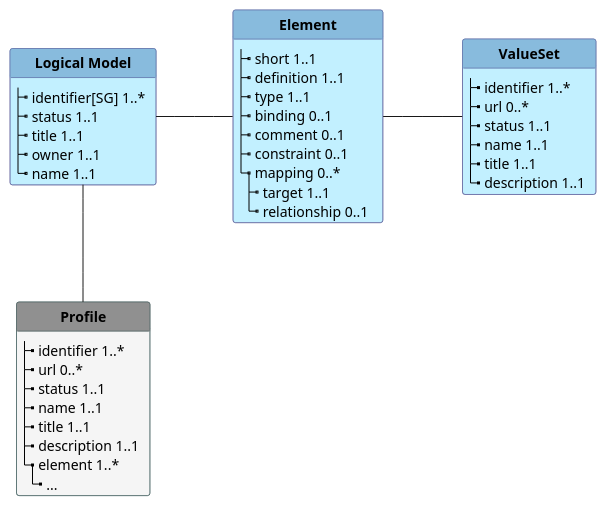
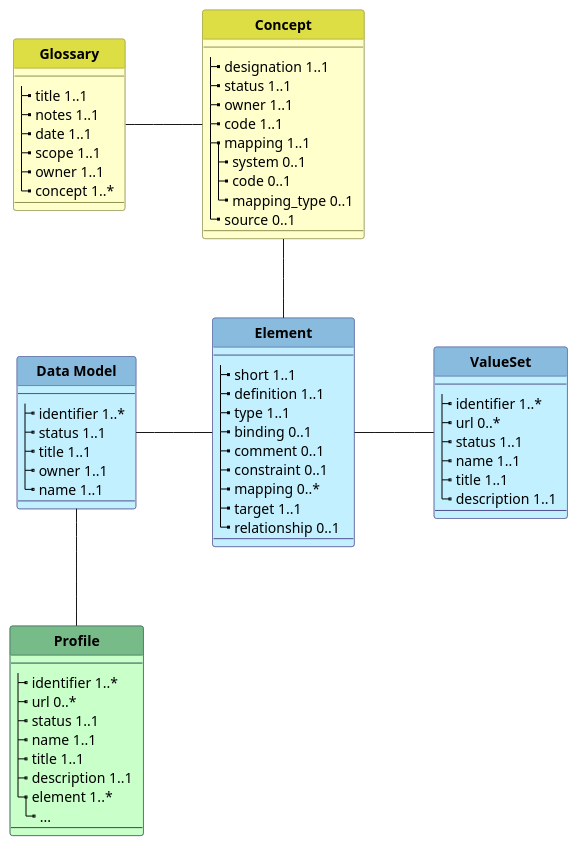
One commit to Xt-EHR/xt-ehr-metadata changed the diagram in input/images-source/metadata.plantuml. Above: the diagram before and after it, drawn with PlantUML. The commit also changed 3 other files, not shown here.

```diff
--- a/input/images-source/metadata.plantuml
+++ b/input/images-source/metadata.plantuml
@@ -1,72 +1,116 @@
 @startuml
 'skinparam linetype ortho
 skinparam linetype polyline
 hide circle
 hide stereotype
 
 '!pragma layout smetana
 
 skinparam class<<MD>> {
  BorderColor DarkSlateGray
- BackgroundColor WhiteSmoke
- HeaderBackgroundColor #909090
+ BackgroundColor TECHNOLOGY
+ HeaderBackgroundColor #7b8
+}
+
+skinparam class<<BU>> {
+ BorderColor #909050
+ BackgroundColor BUSINESS
+ HeaderBackgroundColor #dd4
 }
 
 skinparam class<<TM>> {
  BorderColor #505090
  BackgroundColor APPLICATION
  HeaderBackgroundColor #8bd
 }
 
 
-    class "**Logical Model**" as LM<<TM>> {
-        |_ identifier[SG] 1..*   
-        |_ status 1..1
-        |_ title 1..1
-        |_ owner 1..1
-        |_ name 1..1
-    }
+class "**Glossary**" as G<<BU>> {
+  --
+  |_ title 1..1
+  |_ notes 1..1   
+  |_ date 1..1
+  |_ scope 1..1
+  |_ owner 1..1
+  |_ concept 1..*   
+  --
+}
+
+
+class "**Concept**" as C<<BU>> {
+  --
+  |_ designation 1..1
+  |_ status 1..1
+  |_ owner 1..1
+  |_ code 1..1
+  |_ mapping 1..1
+    |_ system 0..1
+    |_ code 0..1
+    |_ mapping_type 0..1   
+  |_ source 0..1    
+  --
+}
+
+
+class "**Data Model**" as LM<<TM>> {
+  --
+  |_ identifier 1..*   
+  |_ status 1..1
+  |_ title 1..1
+  |_ owner 1..1
+  |_ name 1..1
+  --
+}
 
 
 class "**Element**" as EL<<TM>> {
-      |_ short 1..1
-      |_ definition 1..1
-      |_ type 1..1
-      |_ binding 0..1
-      |_ comment 0..1
-      |_ constraint 0..1
-      |_ mapping 0..*
-        |_ target 1..1
-        |_ relationship 0..1    
-      }
+  --
+  |_ short 1..1
+  |_ definition 1..1
+  |_ type 1..1
+  |_ binding 0..1
+  |_ comment 0..1
+  |_ constraint 0..1
+  |_ mapping 0..*
+  |_ target 1..1
+  |_ relationship 0..1    
+  --
+}
 
 
 class "**ValueSet**" as VS<<TM>> {
-    |_ identifier 1..*   
-    |_ url 0..*   
-    |_ status 1..1
-    |_ name 1..1
-    |_ title 1..1
-    |_ description 1..1   
+  --
+  |_ identifier 1..*   
+  |_ url 0..*   
+  |_ status 1..1
+  |_ name 1..1
+  |_ title 1..1
+  |_ description 1..1   
+  --
 }
 
 
 
 class "**Profile**" as PR<<MD>> {
-    |_ identifier 1..*   
-    |_ url 0..*   
-    |_ status 1..1
-    |_ name 1..1
-    |_ title 1..1
-    |_ description 1..1   
-    |_ element 1..*
-      |_ ...
+  --
+  |_ identifier 1..*   
+  |_ url 0..*   
+  |_ status 1..1
+  |_ name 1..1
+  |_ title 1..1
+  |_ description 1..1   
+  |_ element 1..*
+    |_ ...
+  --
 }
 
 
+G -r- C:  "            "  
+
 LM -r- EL:  "            "  
+C -d- EL:  "            "  
 EL-r- VS: "             "
 
 LM-d- PR: "      "
 
 @enduml
```
